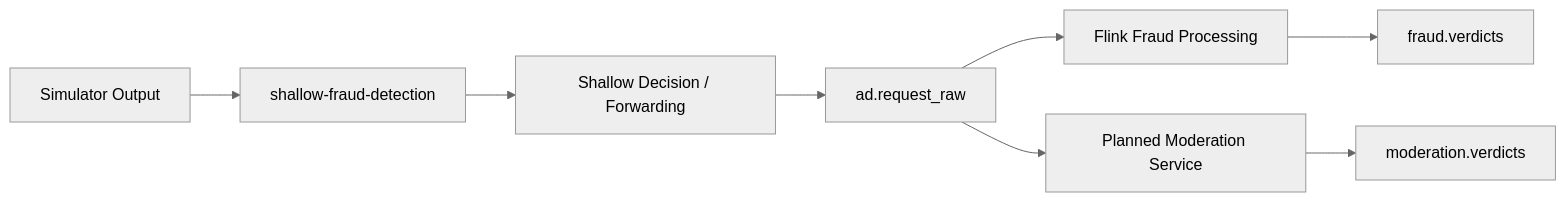
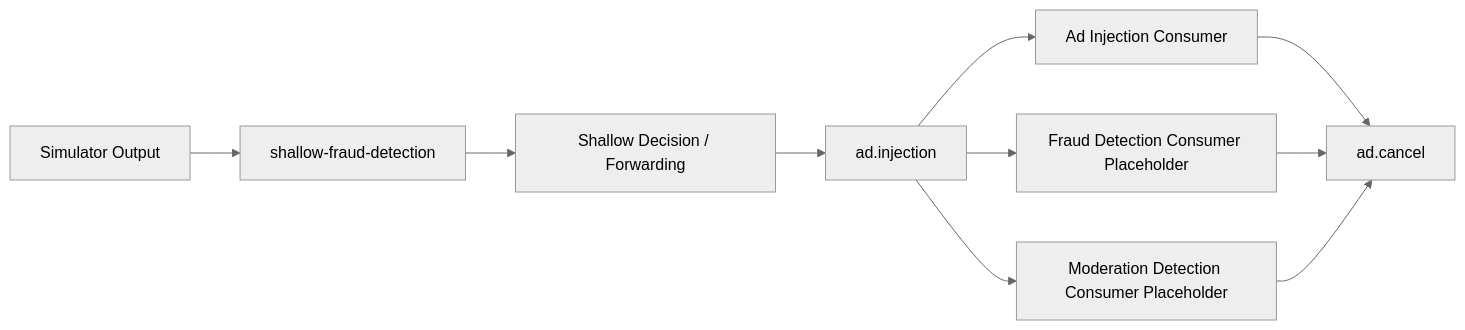
The diagram in docs/kafka_topics.md (IamMistake/ai-ad-request-safety-pipeline), drawn with Mermaid (neutral theme) before and after one commit. The commit also changed other lines of this file and 17 other files, not shown here.

````diff
--- a/docs/kafka_topics.md
+++ b/docs/kafka_topics.md
@@ -68,10 +72,12 @@
 ```mermaid
 flowchart LR
     A[Simulator Output] --> B[shallow-fraud-detection]
     B --> C[Shallow Decision / Forwarding]
-    C --> D[ad.request_raw]
-    D --> E[Flink Fraud Processing]
-    E --> F[fraud.verdicts]
-    D --> G[Planned Moderation Service]
-    G --> H[moderation.verdicts]
+    C --> D[ad.injection]
+    D --> E[Ad Injection Consumer]
+    D --> F[Fraud Detection Consumer Placeholder]
+    D --> G[Moderation Detection Consumer Placeholder]
+    E --> H[ad.cancel]
+    F --> H
+    G --> H
 ```
````
